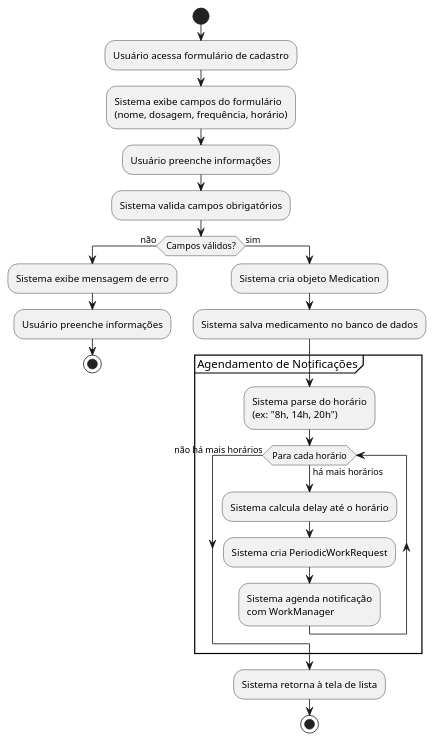
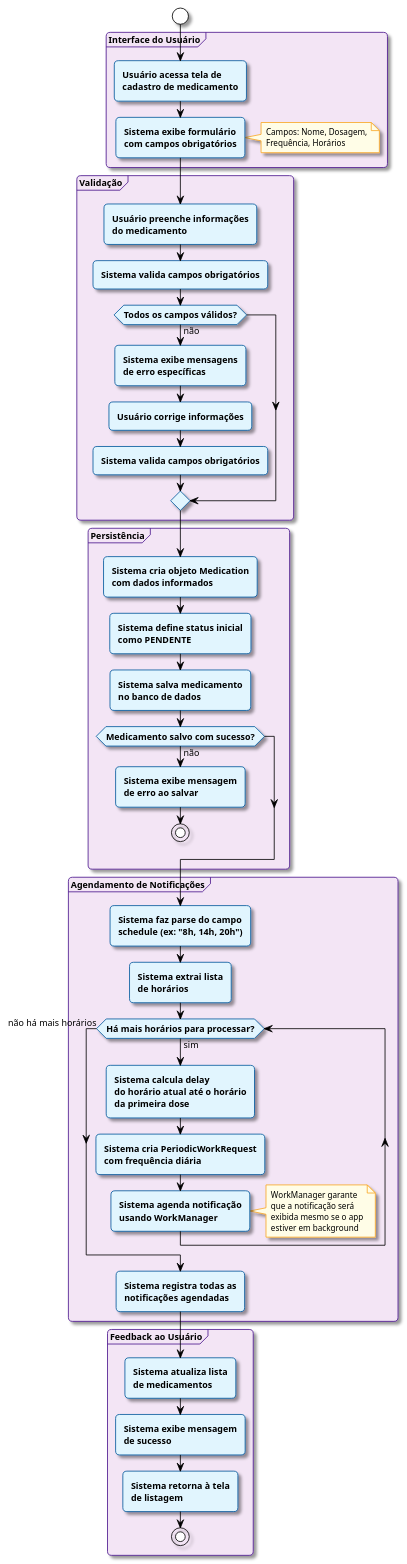
One commit to JoaoSaol/meditrack changed the diagram in documentacao/ENTREGA_PARCIAL_3/diagrama_atividades.puml. Above: the diagram before and after it, drawn with PlantUML. The commit also changed 4 other files, not shown here.

```diff
--- a/documentacao/ENTREGA_PARCIAL_3/diagrama_atividades.puml
+++ b/documentacao/ENTREGA_PARCIAL_3/diagrama_atividades.puml
@@ -1,35 +1,91 @@
 @startuml Diagrama_Atividades_Cadastrar_Medicamento
+!theme plain
+skinparam backgroundColor #FFFFFF
+skinparam handwritten false
+skinparam monochrome false
+skinparam shadowing true
+skinparam roundcorner 10
+skinparam activity {
+    BackgroundColor #E1F5FE
+    BorderColor #01579B
+    FontSize 11
+    FontStyle bold
+}
+
+skinparam partition {
+    BackgroundColor #F3E5F5
+    BorderColor #4A148C
+    FontSize 11
+    FontStyle bold
+}
+
+skinparam note {
+    BackgroundColor #FFFDE7
+    BorderColor #F9A825
+    FontSize 10
+}
 
 start
 
-:Usuário acessa formulário de cadastro;
+partition "Interface do Usuário" {
+    :Usuário acessa tela de\ncadastro de medicamento;
+    :Sistema exibe formulário\ncom campos obrigatórios;
+    note right
+        Campos: Nome, Dosagem,
+        Frequência, Horários
+    end note
+}
 
-:Sistema exibe campos do formulário\n(nome, dosagem, frequência, horário);
+partition "Validação" {
+    :Usuário preenche informações\ndo medicamento;
+    :Sistema valida campos obrigatórios;
+    
+    if (Todos os campos válidos?) then (não)
+        :Sistema exibe mensagens\nde erro específicas;
+        :Usuário corrige informações;
+        :Sistema valida campos obrigatórios;
+    endif
+}
 
-:Usuário preenche informações;
+partition "Persistência" {
+    :Sistema cria objeto Medication\ncom dados informados;
+    :Sistema define status inicial\ncomo PENDENTE;
+    :Sistema salva medicamento\nno banco de dados;
+    
+    if (Medicamento salvo com sucesso?) then (não)
+        :Sistema exibe mensagem\nde erro ao salvar;
+        stop
+    endif
+}
 
-:Sistema valida campos obrigatórios;
+partition "Agendamento de Notificações" {
+    :Sistema faz parse do campo\nschedule (ex: "8h, 14h, 20h");
+    
+    :Sistema extrai lista\nde horários;
+    
+    while (Há mais horários para processar?) is (sim)
+        :Sistema calcula delay\ndo horário atual até o horário\nda primeira dose;
+        
+        :Sistema cria PeriodicWorkRequest\ncom frequência diária;
+        
+        :Sistema agenda notificação\nusando WorkManager;
+        
+        note right
+            WorkManager garante
+            que a notificação será
+            exibida mesmo se o app
+            estiver em background
+        end note
+    endwhile (não há mais horários)
+    
+    :Sistema registra todas as\nnotificações agendadas;
+}
 
-if (Campos válidos?) then (não)
-  :Sistema exibe mensagem de erro;
-  :Usuário preenche informações;
-  stop
-else (sim)
-  :Sistema cria objeto Medication;
-  :Sistema salva medicamento no banco de dados;
-  
-  partition Agendamento de Notificações {
-    :Sistema parse do horário\n(ex: "8h, 14h, 20h");
-    
-    while (Para cada horário) is (há mais horários)
-      :Sistema calcula delay até o horário;
-      :Sistema cria PeriodicWorkRequest;
-      :Sistema agenda notificação\ncom WorkManager;
-    endwhile (não há mais horários)
-  }
-  
-  :Sistema retorna à tela de lista;
-  stop
-endif
+partition "Feedback ao Usuário" {
+    :Sistema atualiza lista\nde medicamentos;
+    :Sistema exibe mensagem\nde sucesso;
+    :Sistema retorna à tela\nde listagem;
+    stop
+}
 
 @enduml
```
